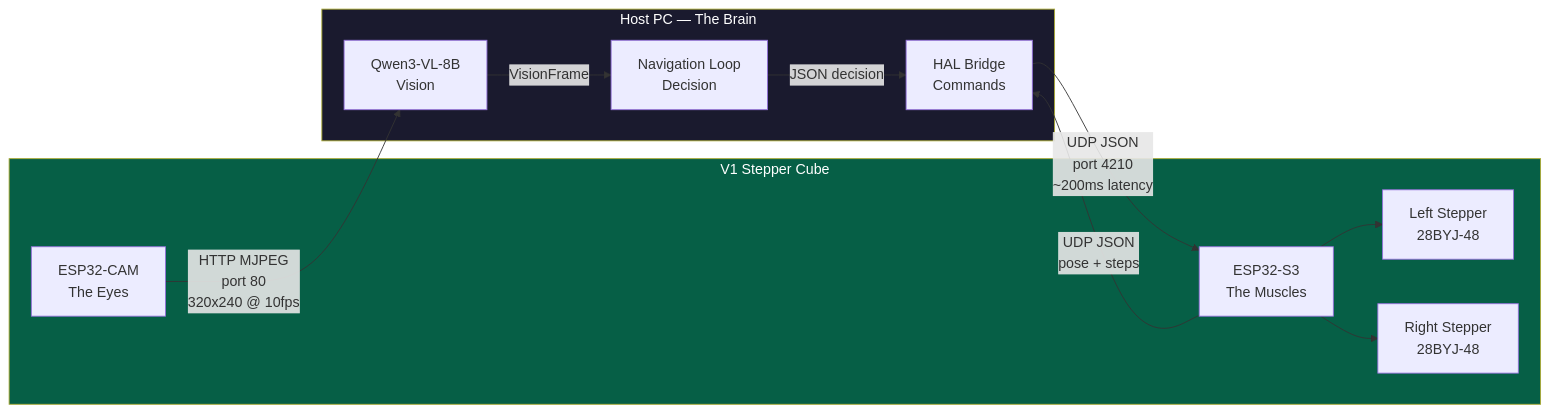
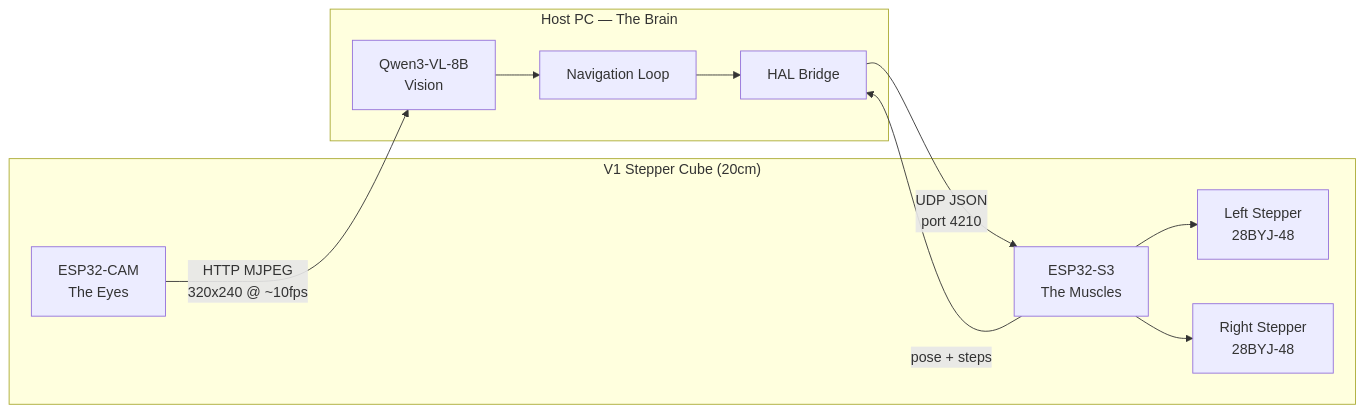
The diagram in docs/15-v1-hardware-deployment.md (EvolvingAgentsLabs/llmos), drawn with Mermaid before and after one commit. The commit also changed other lines of this file, not shown here.

````diff
--- a/docs/15-v1-hardware-deployment.md
+++ b/docs/15-v1-hardware-deployment.md
@@ -28,26 +19,23 @@
 ```mermaid
 graph LR
-    subgraph ROBOT["V1 Stepper Cube"]
+    subgraph ROBOT["V1 Stepper Cube (20cm)"]
         CAM["ESP32-CAM<br/>The Eyes"]
         S3["ESP32-S3<br/>The Muscles"]
         M1["Left Stepper<br/>28BYJ-48"]
         M2["Right Stepper<br/>28BYJ-48"]
         S3 --> M1
         S3 --> M2
     end
 
     subgraph HOST["Host PC — The Brain"]
         VLM["Qwen3-VL-8B<br/>Vision"]
-        NAV["Navigation Loop<br/>Decision"]
-        HAL["HAL Bridge<br/>Commands"]
+        NAV["Navigation Loop"]
+        HAL["HAL Bridge"]
     end
 
-    CAM -->|"HTTP MJPEG<br/>port 80<br/>320x240 @ 10fps"| VLM
-    VLM -->|"VisionFrame"| NAV
-    NAV -->|"JSON decision"| HAL
-    HAL -->|"UDP JSON<br/>port 4210<br/>~200ms latency"| S3
-    S3 -->|"UDP JSON<br/>pose + steps"| HAL
-
-    style ROBOT fill:#065f46,color:#fff
-    style HOST fill:#1a1a2e,color:#fff
+    CAM -->|"HTTP MJPEG<br/>320x240 @ ~10fps"| VLM
+    VLM --> NAV
+    NAV --> HAL
+    HAL -->|"UDP JSON<br/>port 4210"| S3
+    S3 -->|"pose + steps"| HAL
 ```
````
